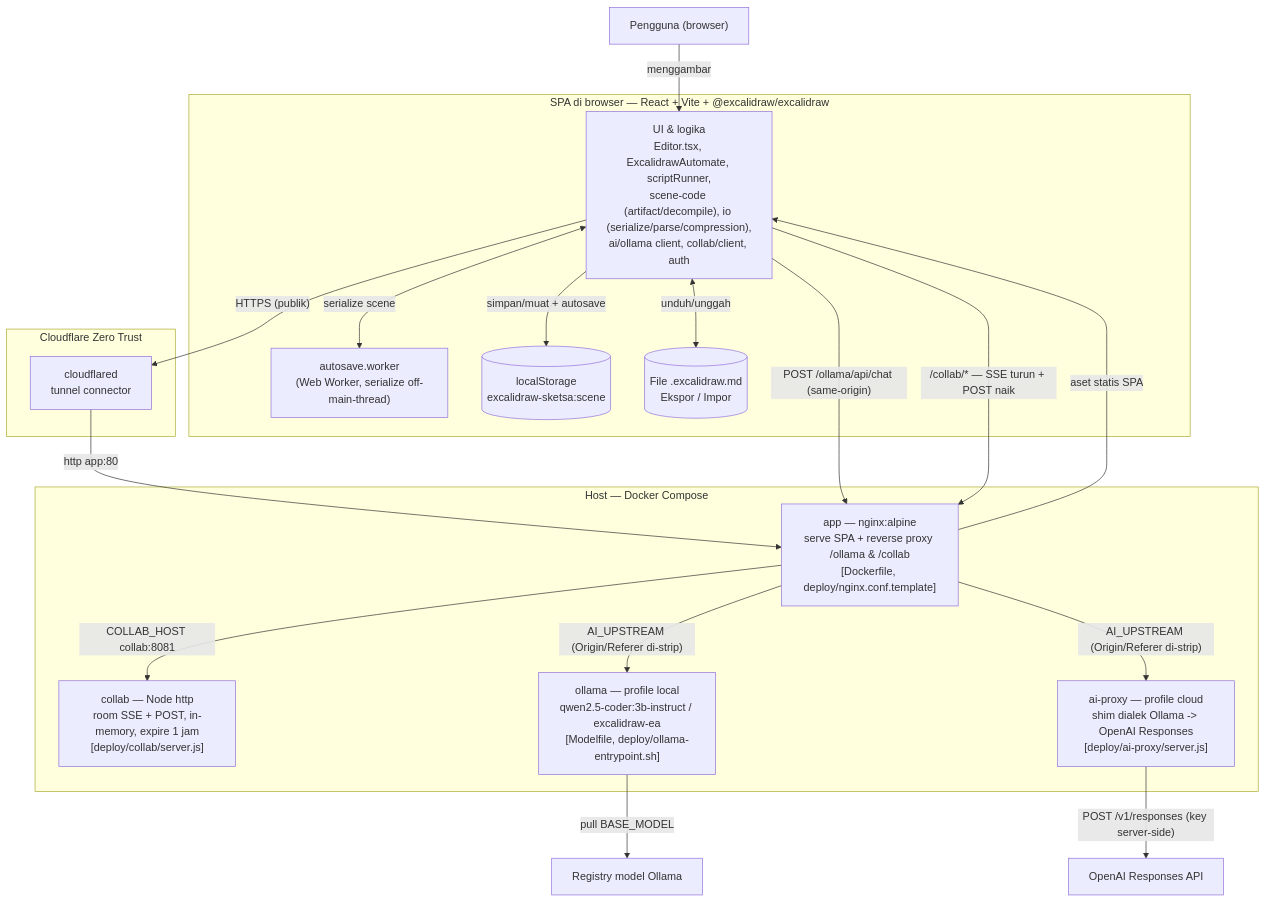
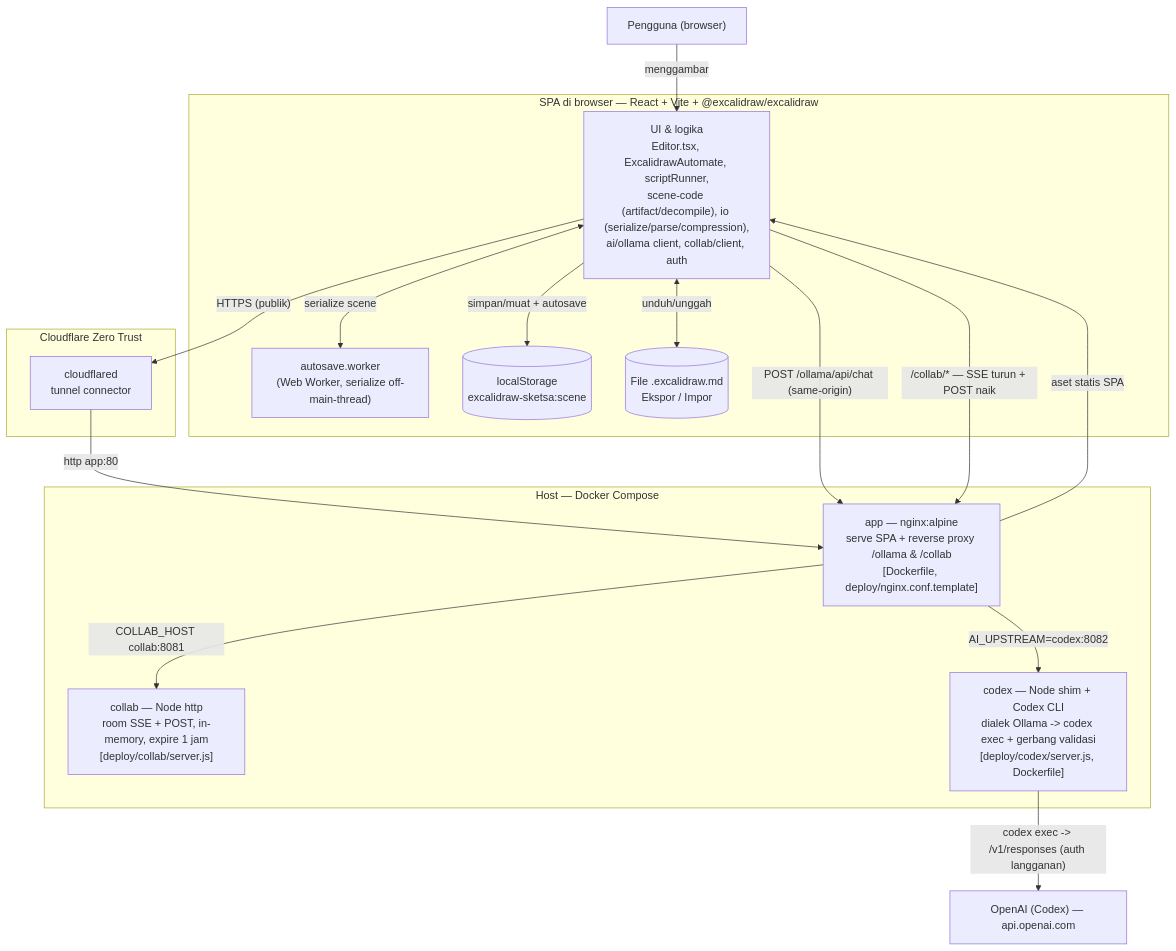
The second of 2 diagrams in docs/ARCHITECTURE.md (warungbudina-digital/excalidraw-sketsa), drawn with Mermaid before and after one commit. The commit also changed other lines of this file and 3 other files, not shown here.

First line of the commit message:
docs: complete codex backend migration (drop ollama/ai-proxy)

````diff
--- a/docs/ARCHITECTURE.md
+++ b/docs/ARCHITECTURE.md
@@ -49,44 +49,40 @@
 ```mermaid
 flowchart TB
     user["Pengguna (browser)"]
 
     subgraph browser["SPA di browser — React + Vite + @excalidraw/excalidraw"]
         spa["UI & logika<br/>Editor.tsx, ExcalidrawAutomate, scriptRunner,<br/>scene-code (artifact/decompile), io (serialize/parse/compression),<br/>ai/ollama client, collab/client, auth"]
         worker["autosave.worker<br/>(Web Worker, serialize off-main-thread)"]
         store[("localStorage<br/>excalidraw-sketsa:scene")]
         file[("File .excalidraw.md<br/>Ekspor / Impor")]
     end
 
     subgraph edge["Cloudflare Zero Trust"]
         cftun["cloudflared<br/>tunnel connector"]
     end
 
     subgraph compose["Host — Docker Compose"]
         app["app — nginx:alpine<br/>serve SPA + reverse proxy /ollama & /collab<br/>[Dockerfile, deploy/nginx.conf.template]"]
         collabsrv["collab — Node http<br/>room SSE + POST, in-memory, expire 1 jam<br/>[deploy/collab/server.js]"]
-        ollama["ollama — profile local<br/>qwen2.5-coder:3b-instruct / excalidraw-ea<br/>[Modelfile, deploy/ollama-entrypoint.sh]"]
-        aiproxy["ai-proxy — profile cloud<br/>shim dialek Ollama -> OpenAI Responses<br/>[deploy/ai-proxy/server.js]"]
+        codexsvc["codex — Node shim + Codex CLI<br/>dialek Ollama -> codex exec + gerbang validasi<br/>[deploy/codex/server.js, Dockerfile]"]
     end
 
-    openai["OpenAI Responses API"]
-    registry["Registry model Ollama"]
+    openai["OpenAI (Codex) — api.openai.com"]
 
     user -->|"menggambar"| spa
     spa <-->|"serialize scene"| worker
     spa -->|"simpan/muat + autosave"| store
     spa <-->|"unduh/unggah"| file
 
     spa -->|"HTTPS (publik)"| cftun
     cftun -->|"http app:80"| app
     app -->|"aset statis SPA"| spa
 
     spa -->|"POST /ollama/api/chat (same-origin)"| app
     spa -->|"/collab/* — SSE turun + POST naik"| app
 
-    app -->|"AI_UPSTREAM (Origin/Referer di-strip)"| ollama
-    app -->|"AI_UPSTREAM (Origin/Referer di-strip)"| aiproxy
+    app -->|"AI_UPSTREAM=codex:8082"| codexsvc
     app -->|"COLLAB_HOST collab:8081"| collabsrv
 
-    aiproxy -->|"POST /v1/responses (key server-side)"| openai
-    ollama -->|"pull BASE_MODEL"| registry
+    codexsvc -->|"codex exec -> /v1/responses (auth langganan)"| openai
 ```
````
